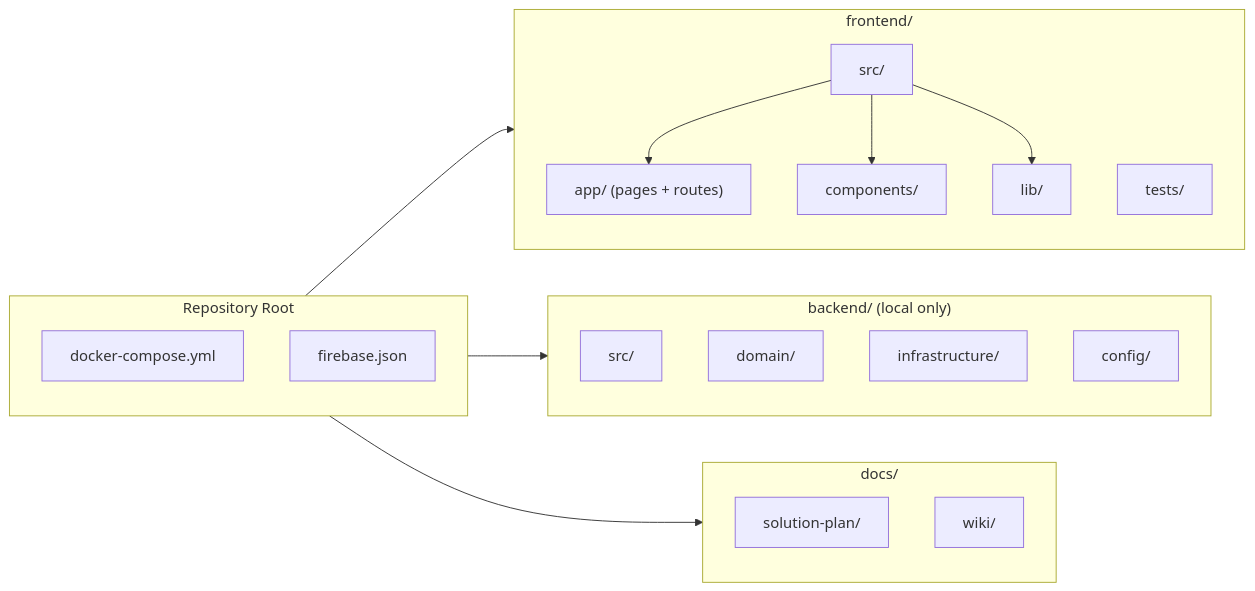
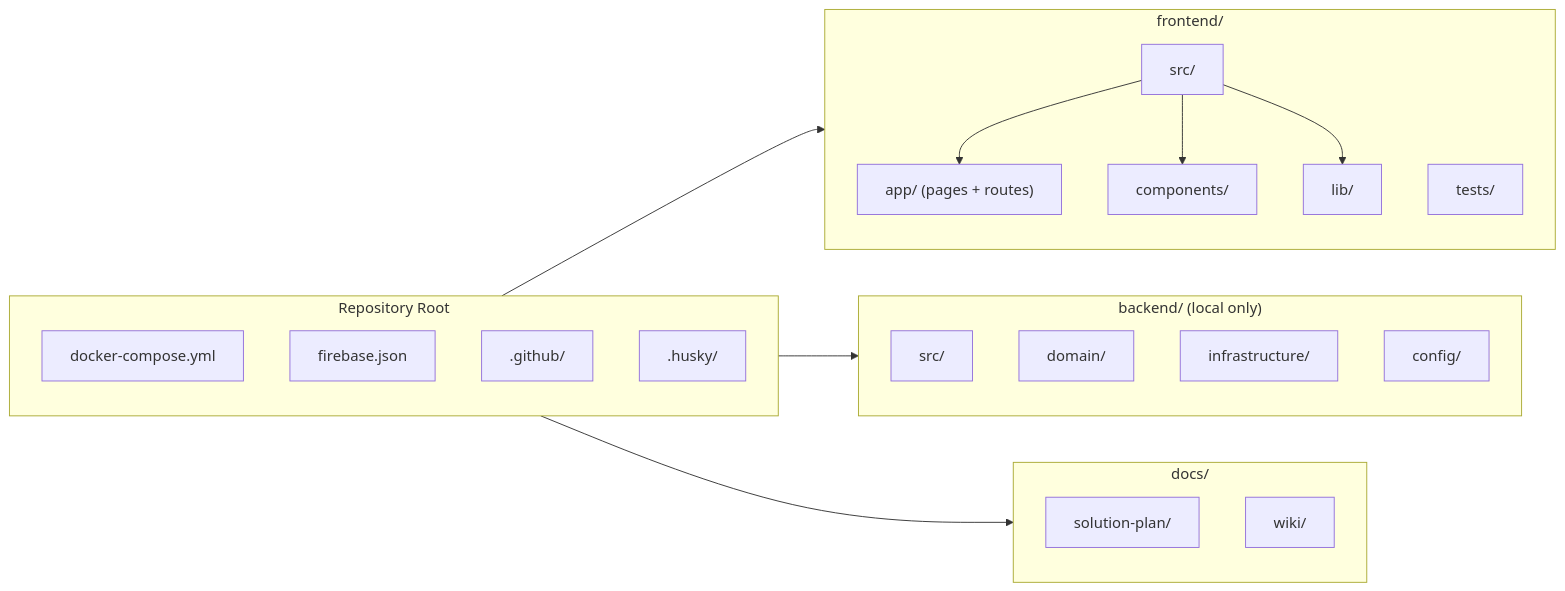
One commit to Oweeboi011/Fit-Ready-IQ changed the third of 5 diagrams in README.md. Above: the diagram before and after it, drawn with Mermaid. The commit also changed other lines of this file and 17 other files, not shown here.

First line of the commit message:
ci: simplify to trunk-based flow and fix review bugs

````diff
--- a/README.md
+++ b/README.md
@@ -256,34 +265,36 @@
 ```mermaid
 graph LR
     subgraph Root["Repository Root"]
         AY["docker-compose.yml"]
         FB["firebase.json"]
+        GH[".github/"]
+        HK[".husky/"]
     end
 
     subgraph FE["frontend/"]
         SRC["src/"]
         APP["app/ (pages + routes)"]
         COMP["components/"]
         LIB["lib/"]
         TESTS["tests/"]
     end
 
     subgraph BE["backend/ (local only)"]
         BESRC["src/"]
         DOMAIN["domain/"]
         INFRA["infrastructure/"]
         CONFIG["config/"]
     end
 
     subgraph DOCS["docs/"]
         SP["solution-plan/"]
         WIKI["wiki/"]
     end
 
     Root --> FE
     Root --> BE
     Root --> DOCS
     SRC --> APP
     SRC --> COMP
     SRC --> LIB
 ```
````
